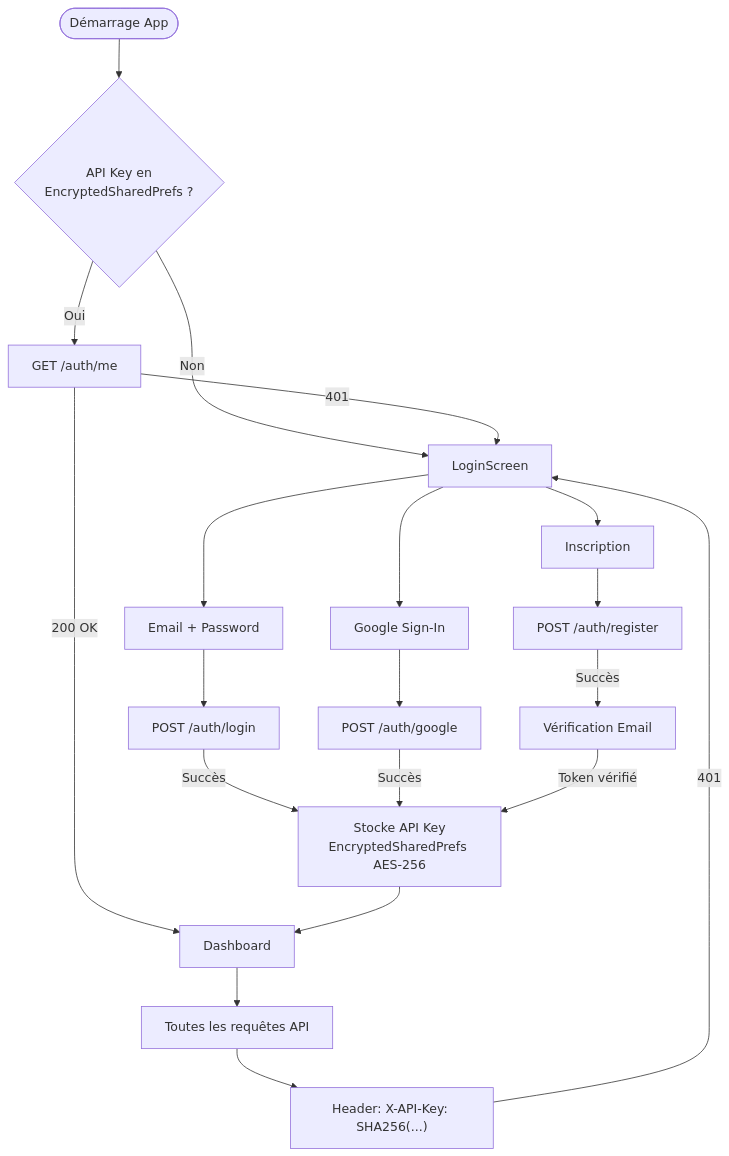
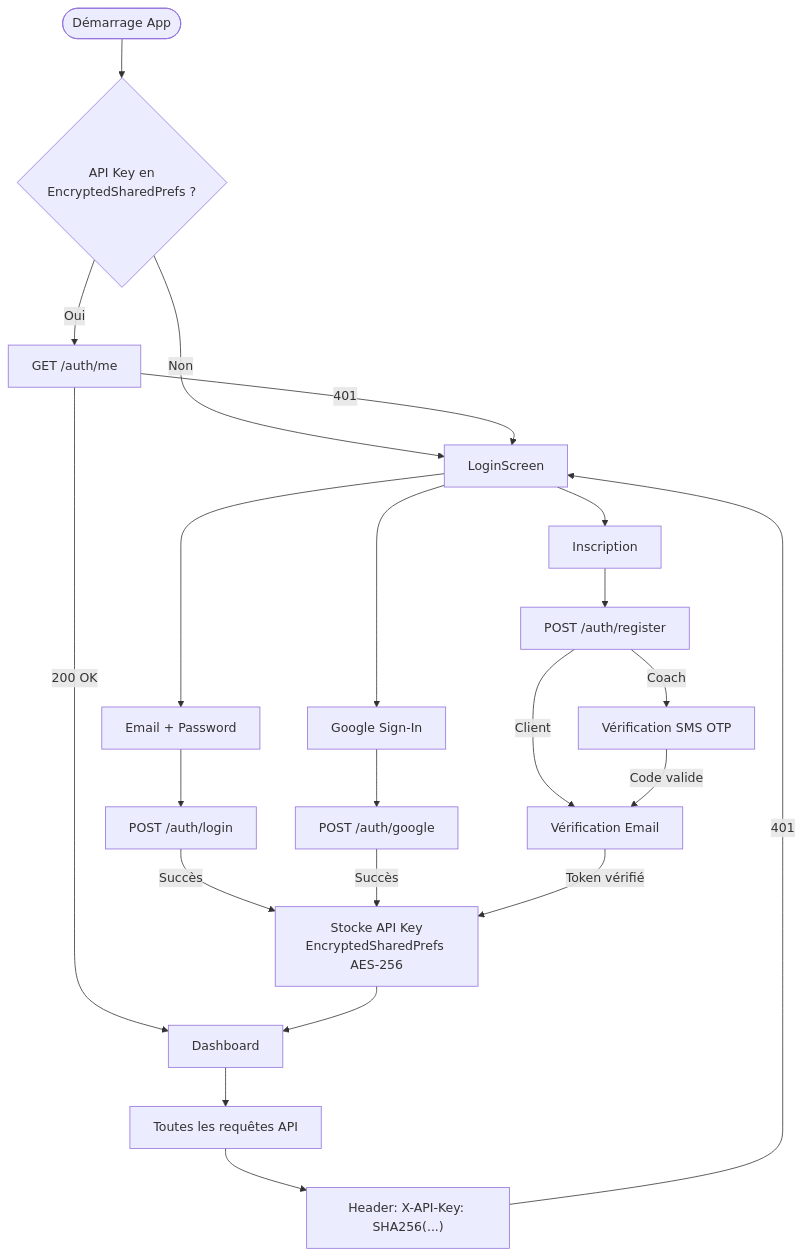
The ninth of 10 diagrams in docs/FLOWS_01_AUTHENTIFICATION.md (gaelgael5/mycoach), drawn with Mermaid before and after one commit. The commit also changed other lines of this file and 2 other files, not shown here.

````diff
--- a/docs/FLOWS_01_AUTHENTIFICATION.md
+++ b/docs/FLOWS_01_AUTHENTIFICATION.md
@@ -203,27 +272,29 @@
 ```mermaid
 flowchart TD
     START([Démarrage App]) --> CHECK{API Key en<br/>EncryptedSharedPrefs ?}
     CHECK -->|Non| LOGIN[LoginScreen]
     CHECK -->|Oui| VERIFY[GET /auth/me]
     VERIFY -->|200 OK| DASH[Dashboard]
     VERIFY -->|401| LOGIN
 
     LOGIN --> EMAIL_LOGIN[Email + Password]
     LOGIN --> GOOGLE[Google Sign-In]
     LOGIN --> REGISTER[Inscription]
 
     EMAIL_LOGIN --> POST_LOGIN[POST /auth/login]
     GOOGLE --> POST_GOOGLE[POST /auth/google]
     REGISTER --> POST_REGISTER[POST /auth/register]
 
     POST_LOGIN -->|Succès| STORE[Stocke API Key<br/>EncryptedSharedPrefs AES-256]
     POST_GOOGLE -->|Succès| STORE
-    POST_REGISTER -->|Succès| EMAIL_VERIF[Vérification Email]
+    POST_REGISTER -->|Client| EMAIL_VERIF[Vérification Email]
+    POST_REGISTER -->|Coach| OTP_VERIF[Vérification SMS OTP]
+    OTP_VERIF -->|Code valide| EMAIL_VERIF
     EMAIL_VERIF -->|Token vérifié| STORE
 
     STORE --> DASH
 
     DASH --> ALL_REQUESTS[Toutes les requêtes API]
     ALL_REQUESTS --> HEADER["Header: X-API-Key: SHA256(...)"]
     HEADER -->|401| LOGIN
 ```
````
